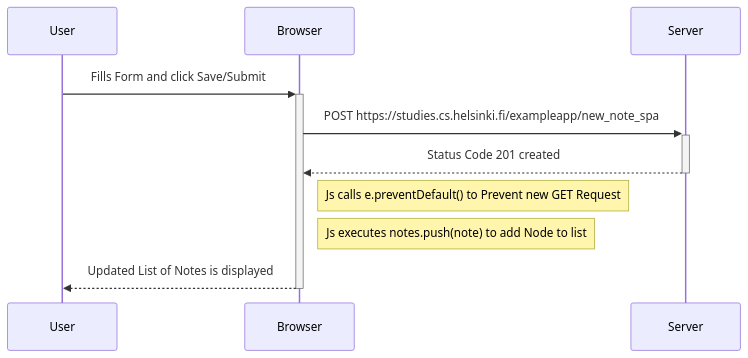
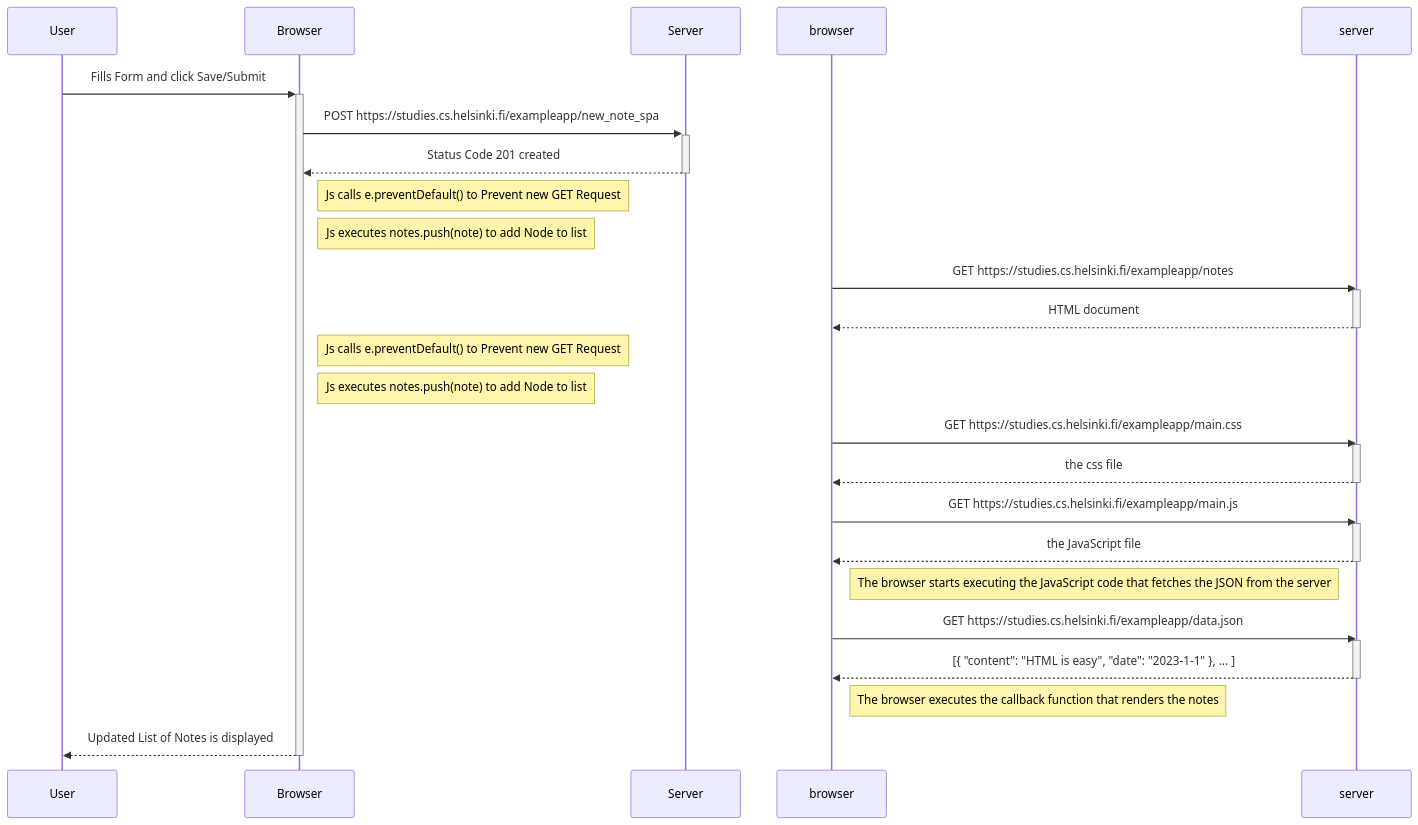
The diagram in part0/0.6.md (navamisunill/Fullstackopen), drawn with Mermaid before and after one commit.

Commit message:
Update 0.6.md
spa new note q6

````diff
--- a/part0/0.6.md
+++ b/part0/0.6.md
@@ -1,13 +1,38 @@
 ```mermaid
 sequenceDiagram
     participant User
     participant Browser
     participant Server
     User->>+Browser: Fills Form and click Save/Submit
     Browser->>+Server: POST https://studies.cs.helsinki.fi/exampleapp/new_note_spa
     Server-->>-Browser: Status Code 201 created
     Note right of Browser: Js calls e.preventDefault() to Prevent new GET Request 
     Note right of Browser: Js executes notes.push(note) to add Node to list
+    browser->>server: GET https://studies.cs.helsinki.fi/exampleapp/notes
+    activate server
+    server-->>browser: HTML document
+    deactivate server
+    Note right of Browser: Js calls e.preventDefault() to Prevent new GET Request 
+    Note right of Browser: Js executes notes.push(note) to add Node to list
+
+    browser->>server: GET https://studies.cs.helsinki.fi/exampleapp/main.css
+    activate server
+    server-->>browser: the css file
+    deactivate server
+
+    browser->>server: GET https://studies.cs.helsinki.fi/exampleapp/main.js
+    activate server
+    server-->>browser: the JavaScript file
+    deactivate server
+
+    Note right of browser: The browser starts executing the JavaScript code that fetches the JSON from the server
+
+    browser->>server: GET https://studies.cs.helsinki.fi/exampleapp/data.json
+    activate server
+    server-->>browser: [{ "content": "HTML is easy", "date": "2023-1-1" }, ... ]
+    deactivate server
+
+    Note right of browser: The browser executes the callback function that renders the notes
     Browser-->>-User: Updated List of Notes is displayed
 
 ```
````
